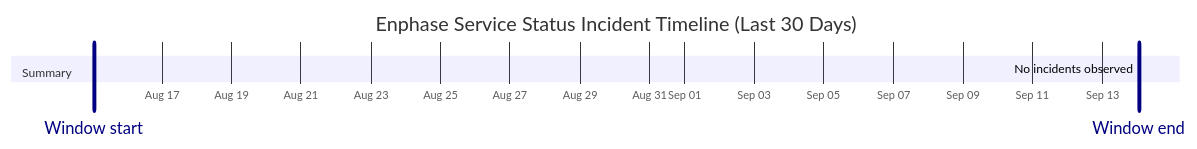
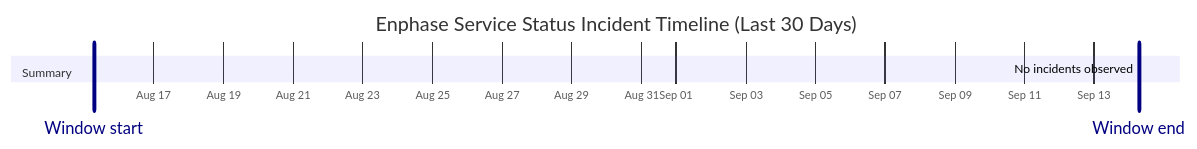
Before and after one commit to barneyonline/ha-enphase-energy: the diagram in wiki/Service-Status-History.md, drawn with Mermaid. The commit also changed other lines of this file and 3 other files, not shown here.

````diff
--- a/wiki/Service-Status-History.md
+++ b/wiki/Service-Status-History.md
@@ -14,10 +14,10 @@
 ```mermaid
 gantt
     title Enphase Service Status Incident Timeline (Last 30 Days)
     dateFormat  YYYY-MM-DDTHH:mm:ss
     axisFormat  %b %d
-    Window start :vert, window-start, 2026-08-15T01:21:17, 0ms
-    Window end :vert, window-end, 2026-09-14T01:21:17, 0ms
+    Window start :vert, window-start, 2026-08-15T06:43:41, 0ms
+    Window end :vert, window-end, 2026-09-14T06:43:41, 0ms
     section Summary
-    No incidents observed :done, 2026-09-14T01:21:17, 1m
+    No incidents observed :done, 2026-09-14T06:43:41, 1m
 ```
````
